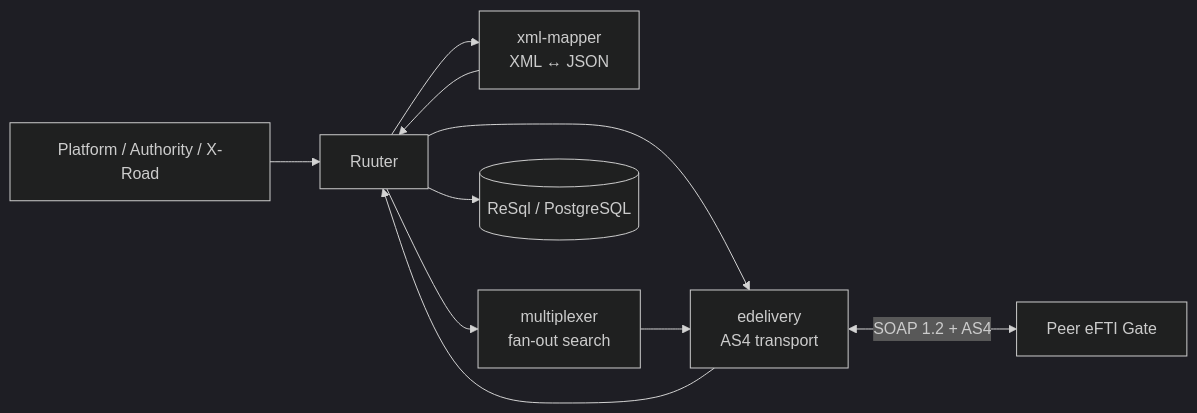
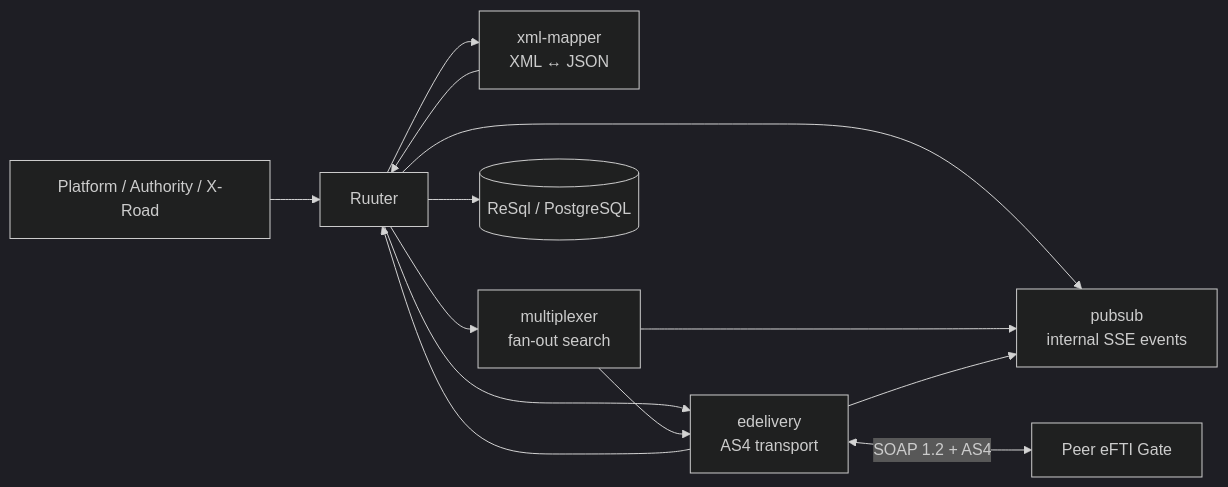
Before and after one commit to kemit-ee/efti-gate-ee: the first of 5 diagrams in docs/architecture/integrations/internal-kotlin-services.md, drawn with Mermaid (dark theme). The commit also changed other lines of this file and 4 other files, not shown here.

````diff
--- a/docs/architecture/integrations/internal-kotlin-services.md
+++ b/docs/architecture/integrations/internal-kotlin-services.md
@@ -17,12 +18,15 @@
 ```mermaid
 flowchart LR
     Caller[Platform / Authority / X-Road] --> R[Ruuter]
     R --> XM[xml-mapper<br/>XML ↔ JSON]
     R --> M[multiplexer<br/>fan-out search]
     R --> E[edelivery<br/>AS4 transport]
+    R --> PS[pubsub<br/>internal SSE events]
     XM --> R
     M --> E
+    M --> PS
     E --> R
+    E --> PS
     R --> DB[(ReSql / PostgreSQL)]
     E <-->|SOAP 1.2 + AS4| Peer[Peer eFTI Gate]
 ```
````
